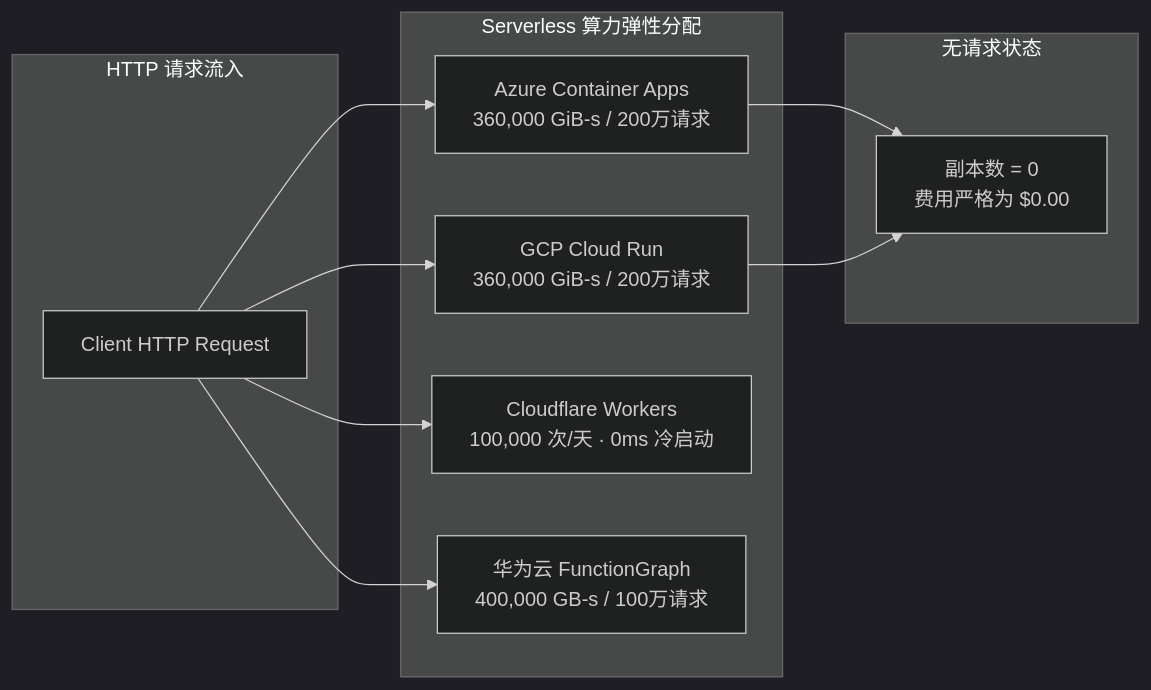
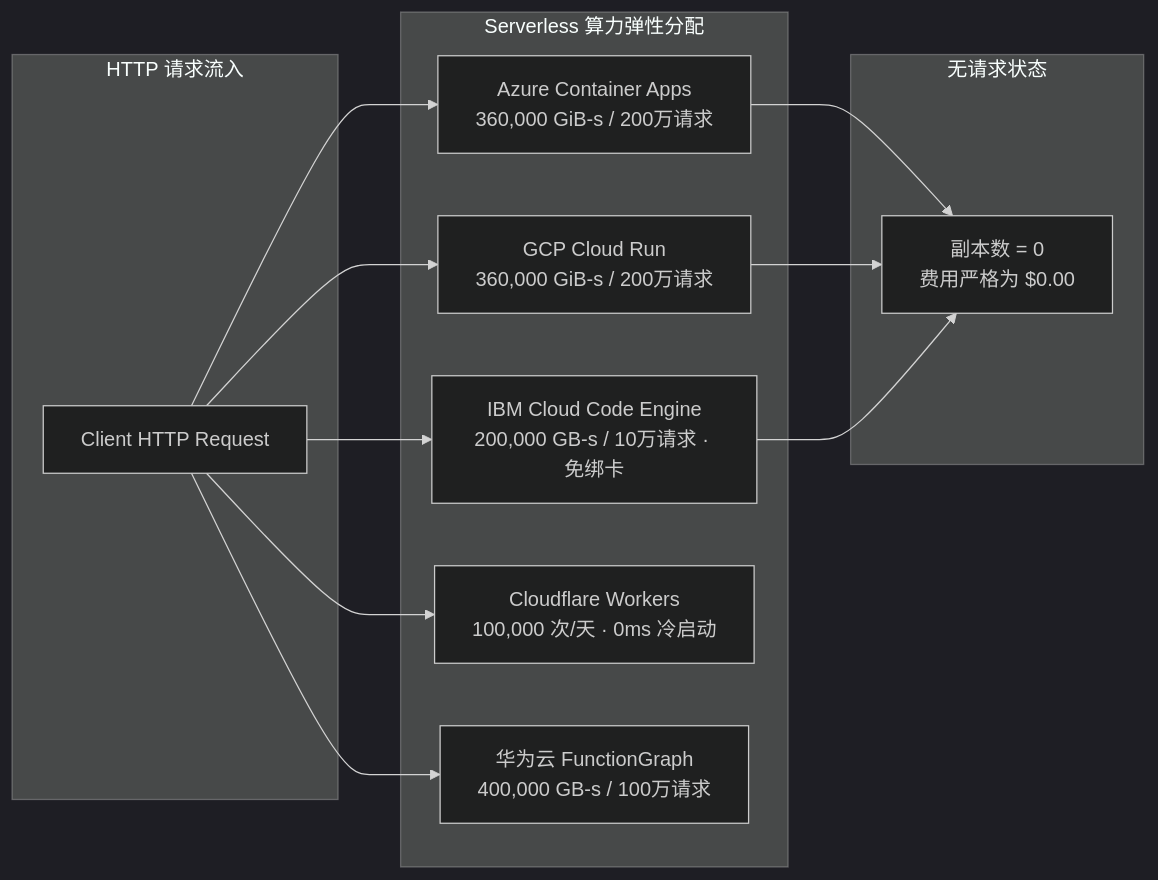
One commit to nvd11/my-blogs changed the second of 6 diagrams in global-always-free-cloud-resources-guide.md. Above: the diagram before and after it, drawn with Mermaid (dark theme). The commit also changed other lines of this file, not shown here.

Commit message:
docs(blog): add IBM Cloud Lite resources across all sections

````diff
--- a/global-always-free-cloud-resources-guide.md
+++ b/global-always-free-cloud-resources-guide.md
@@ -55,20 +57,21 @@
 ```mermaid
 flowchart LR
     subgraph Traffic["HTTP 请求流入"]
         Req["Client HTTP Request"]
     end
     
     subgraph Engine["Serverless 算力弹性分配"]
         ACA["Azure Container Apps<br/>360,000 GiB-s / 200万请求"]
         CR["GCP Cloud Run<br/>360,000 GiB-s / 200万请求"]
+        IBM_CE["IBM Cloud Code Engine<br/>200,000 GB-s / 10万请求 · 免绑卡"]
         CFW["Cloudflare Workers<br/>100,000 次/天 · 0ms 冷启动"]
         FG["华为云 FunctionGraph<br/>400,000 GB-s / 100万请求"]
     end
     
     subgraph Action["无请求状态"]
         Zero["副本数 = 0<br/>费用严格为 $0.00"]
     end
     
-    Req --> ACA & CR & CFW & FG
-    ACA & CR --> Zero
+    Req --> ACA & CR & IBM_CE & CFW & FG
+    ACA & CR & IBM_CE --> Zero
 ```
````
